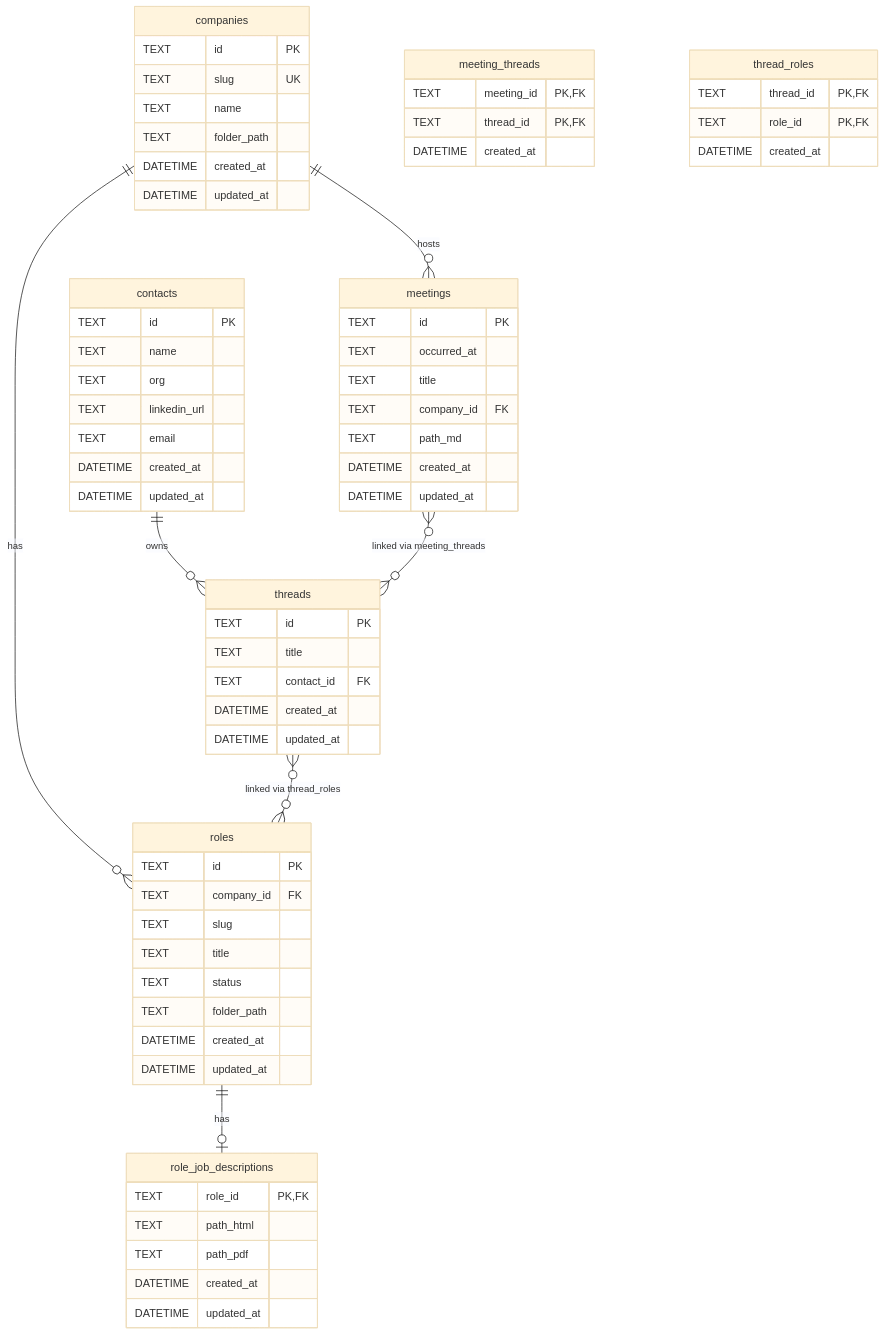
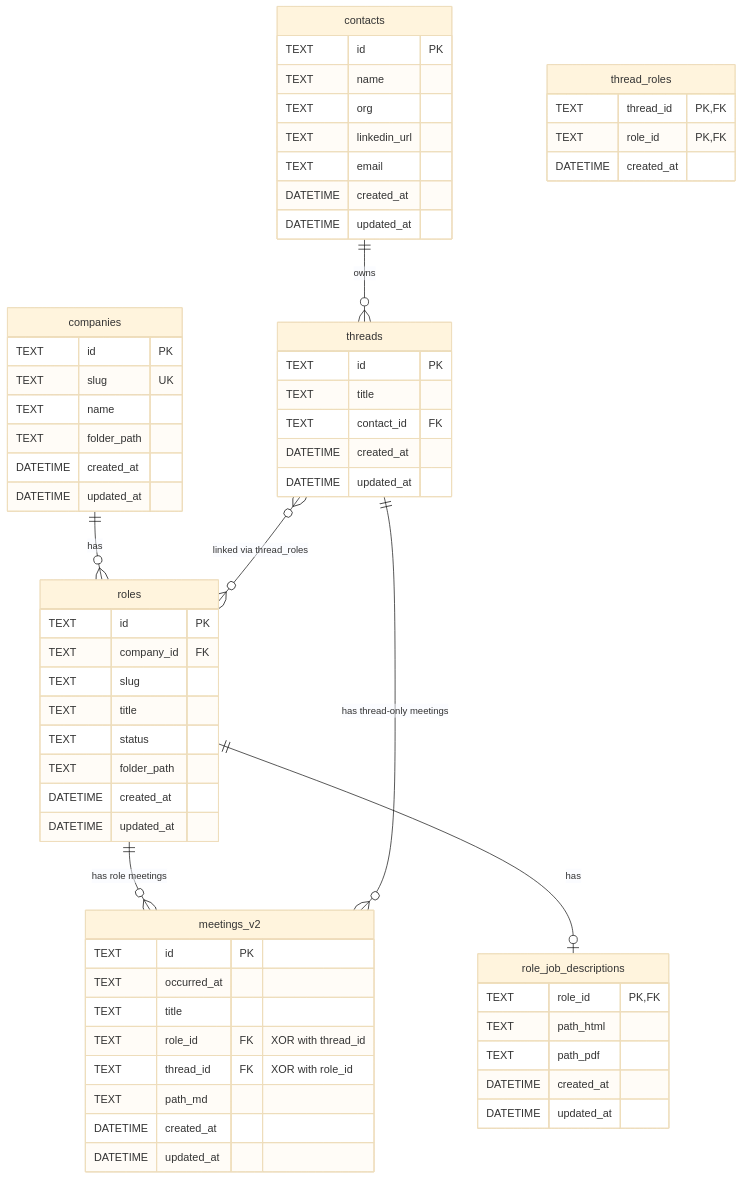
Before and after one commit to samasri/job-tracker: the diagram in ARCHITECTURE.md, drawn with Mermaid (base theme). The commit also changed other lines of this file and 19 other files, not shown here.

Commit message:
refactor(meetings): split role vs thread meetings

````diff
--- a/ARCHITECTURE.md
+++ b/ARCHITECTURE.md
@@ -211,77 +211,72 @@
 ```mermaid
 erDiagram
     companies {
         TEXT id PK
         TEXT slug UK
         TEXT name
         TEXT folder_path
         DATETIME created_at
         DATETIME updated_at
     }
 
     roles {
         TEXT id PK
         TEXT company_id FK
         TEXT slug
         TEXT title
         TEXT status
         TEXT folder_path
         DATETIME created_at
         DATETIME updated_at
     }
 
     role_job_descriptions {
         TEXT role_id PK,FK
         TEXT path_html
         TEXT path_pdf
         DATETIME created_at
         DATETIME updated_at
     }
 
     contacts {
         TEXT id PK
         TEXT name
         TEXT org
         TEXT linkedin_url
         TEXT email
         DATETIME created_at
         DATETIME updated_at
     }
 
     threads {
         TEXT id PK
         TEXT title
         TEXT contact_id FK
         DATETIME created_at
         DATETIME updated_at
     }
 
-    meetings {
+    meetings_v2 {
         TEXT id PK
         TEXT occurred_at
         TEXT title
-        TEXT company_id FK
+        TEXT role_id FK "XOR with thread_id"
+        TEXT thread_id FK "XOR with role_id"
         TEXT path_md
         DATETIME created_at
         DATETIME updated_at
-    }
-
-    meeting_threads {
-        TEXT meeting_id PK,FK
-        TEXT thread_id PK,FK
-        DATETIME created_at
     }
 
     thread_roles {
         TEXT thread_id PK,FK
         TEXT role_id PK,FK
         DATETIME created_at
     }
 
     companies ||--o{ roles : "has"
     roles ||--o| role_job_descriptions : "has"
     contacts ||--o{ threads : "owns"
-    companies ||--o{ meetings : "hosts"
-    meetings }o--o{ threads : "linked via meeting_threads"
+    roles ||--o{ meetings_v2 : "has role meetings"
+    threads ||--o{ meetings_v2 : "has thread-only meetings"
     threads }o--o{ roles : "linked via thread_roles"
 ```
````
